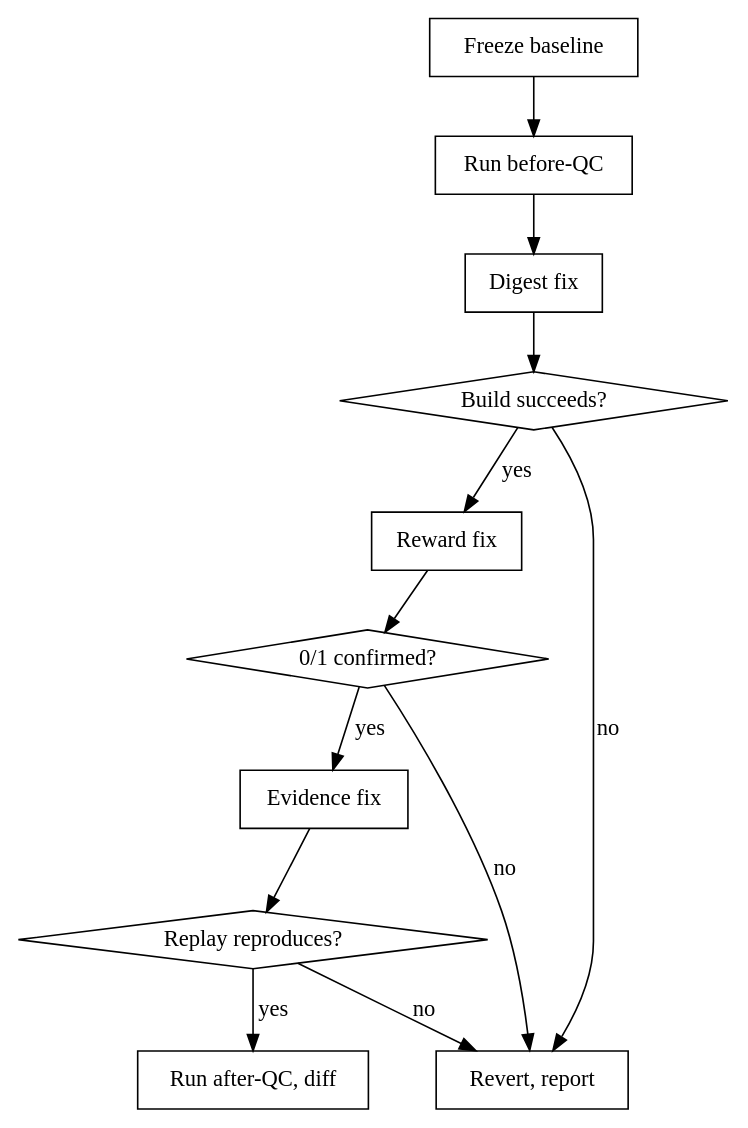
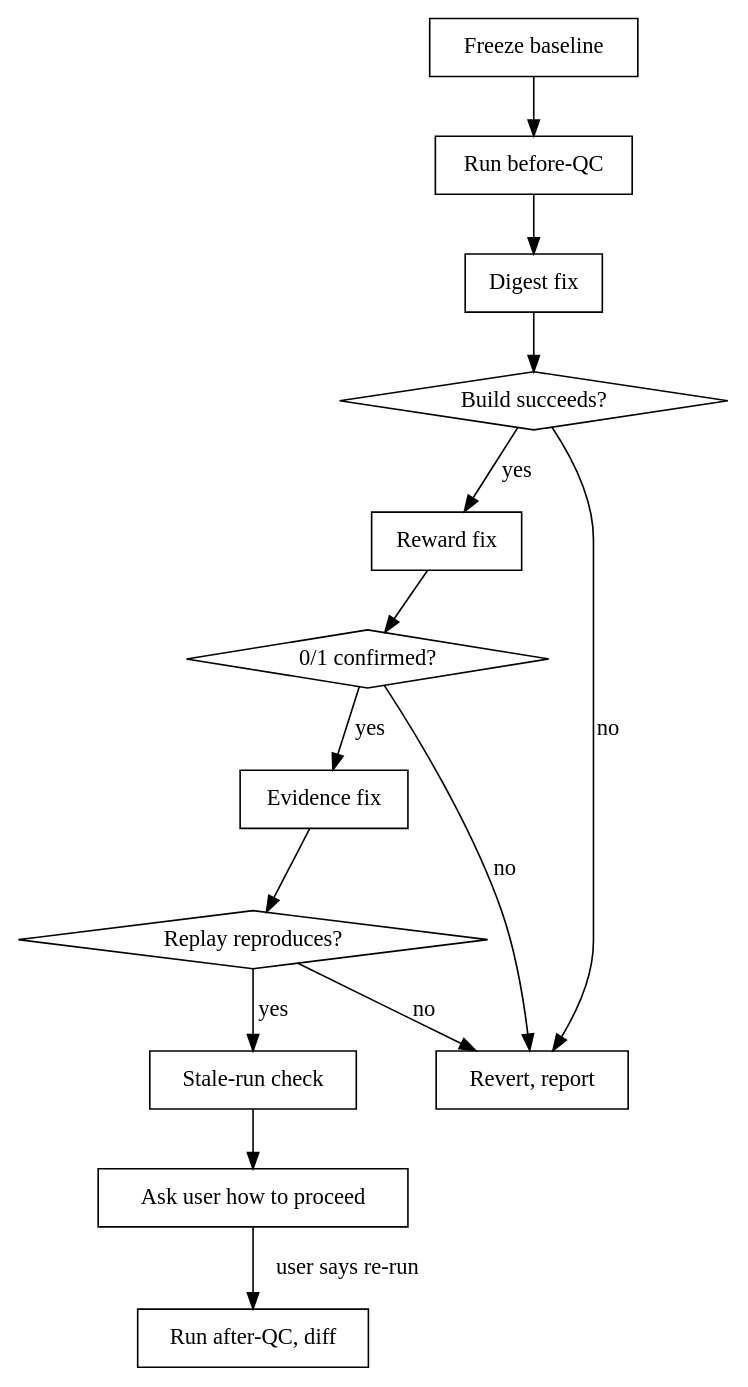
One commit to yogesh-turing1/turing-skills changed the diagram in skills/delivery-harbor-task-repair/SKILL.md. Above: the diagram before and after it, drawn with Graphviz. The commit also changed other lines of this file and 13 other files, not shown here.

````diff
--- a/skills/delivery-harbor-task-repair/SKILL.md
+++ b/skills/delivery-harbor-task-repair/SKILL.md
@@ -57,24 +59,28 @@
 ```dot
 digraph repair {
     "Freeze baseline" [shape=box];
     "Run before-QC" [shape=box];
     "Digest fix" [shape=box];
     "Build succeeds?" [shape=diamond];
     "Reward fix" [shape=box];
     "0/1 confirmed?" [shape=diamond];
     "Evidence fix" [shape=box];
     "Replay reproduces?" [shape=diamond];
+    "Stale-run check" [shape=box];
+    "Ask user how to proceed" [shape=box];
     "Run after-QC, diff" [shape=box];
     "Revert, report" [shape=box];
 
     "Freeze baseline" -> "Run before-QC" -> "Digest fix" -> "Build succeeds?";
     "Build succeeds?" -> "Reward fix" [label="yes"];
     "Build succeeds?" -> "Revert, report" [label="no"];
     "Reward fix" -> "0/1 confirmed?";
     "0/1 confirmed?" -> "Evidence fix" [label="yes"];
     "0/1 confirmed?" -> "Revert, report" [label="no"];
     "Evidence fix" -> "Replay reproduces?";
-    "Replay reproduces?" -> "Run after-QC, diff" [label="yes"];
+    "Replay reproduces?" -> "Stale-run check" [label="yes"];
     "Replay reproduces?" -> "Revert, report" [label="no"];
+    "Stale-run check" -> "Ask user how to proceed";
+    "Ask user how to proceed" -> "Run after-QC, diff" [label="user says re-run"];
 }
 ```
````
